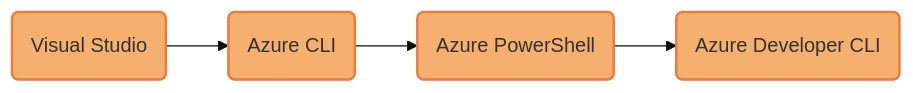
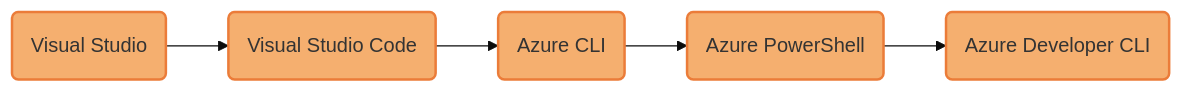
The diagram in docs/azure/sdk/media/mermaidjs/DefaultAzureCredentialEnvVarDev.md (dotnet/docs), drawn with Mermaid before and after one commit. The commit also changed other lines of this file and 10 other files, not shown here.

````diff
--- a/docs/azure/sdk/media/mermaidjs/DefaultAzureCredentialEnvVarDev.md
+++ b/docs/azure/sdk/media/mermaidjs/DefaultAzureCredentialEnvVarDev.md
@@ -6,26 +6,30 @@
 ```mermaid
 %% STEPS TO GENERATE IMAGE
 %% =======================
 %% 1. Install mermaid CLI v10.9.1 (see https://github.com/mermaid-js/mermaid-cli/blob/master/README.md):
 %%    npm i -g @mermaid-js/mermaid-cli@10.9.1
 %% 2. Run command: mmdc -i DefaultAzureCredentialEnvVarDev.md -o ../../media/mermaidjs/DefaultAzureCredentialEnvVarDev.svg
 
 %%{
   init: {
     'theme': 'base',
     'themeVariables': {
       'tertiaryBorderColor': '#fff',
       'tertiaryColor': '#fff'
     }
   }
 }%%
 
 flowchart LR;
     accTitle: DefaultAzureCredential authentication flow without deployed service credentials;
     accDescr: Flowchart showing the credential chain implemented by DefaultAzureCredential when AZURE_TOKEN_CREDENTIALS is set to "dev";
 
-    D(Visual Studio):::developer --> E(Azure CLI):::developer --> F(Azure PowerShell):::developer --> G(Azure Developer CLI):::developer;
+    D(Visual Studio):::developer -->
+    E(Visual Studio Code):::developer -->
+    F(Azure CLI):::developer -->
+    G(Azure PowerShell):::developer -->
+    H(Azure Developer CLI):::developer;
 
     %% Define styles for credential type boxes
     classDef developer fill:#F5AF6F, stroke:#EB7C39, stroke-width:2px;
 ```
````
